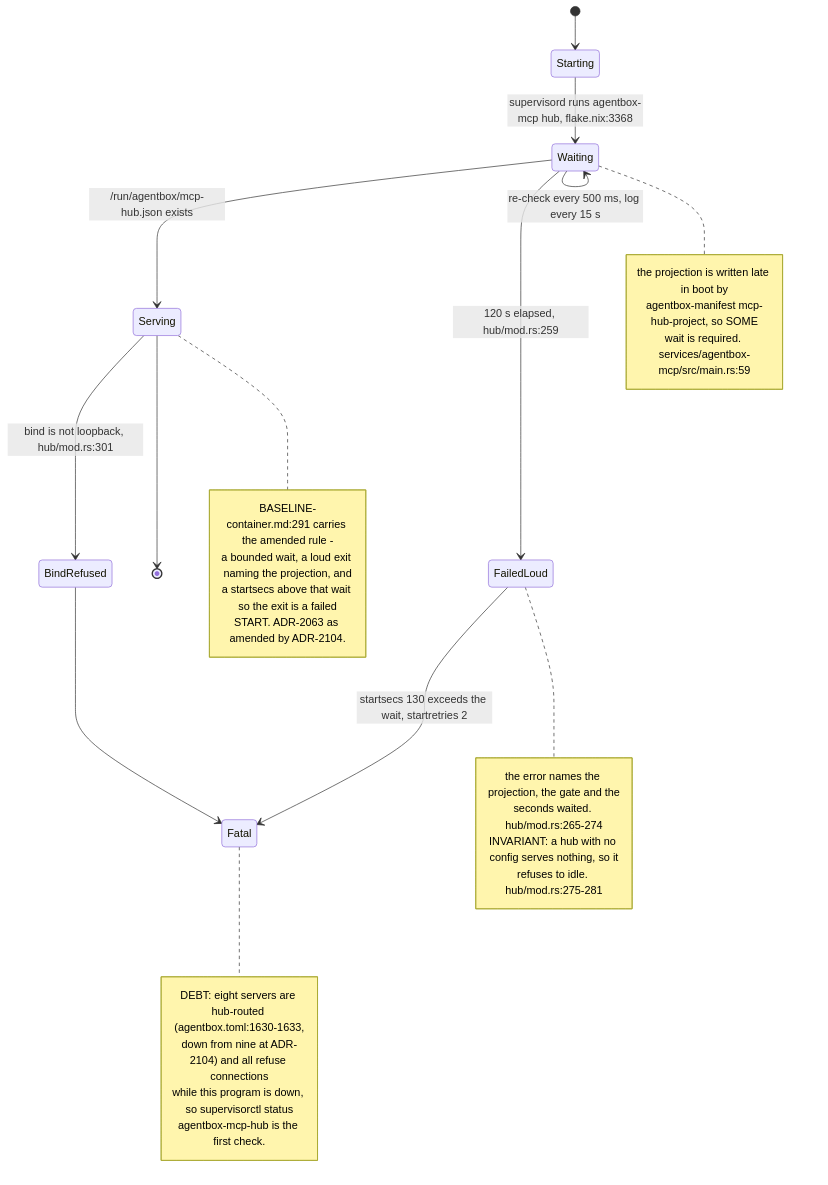
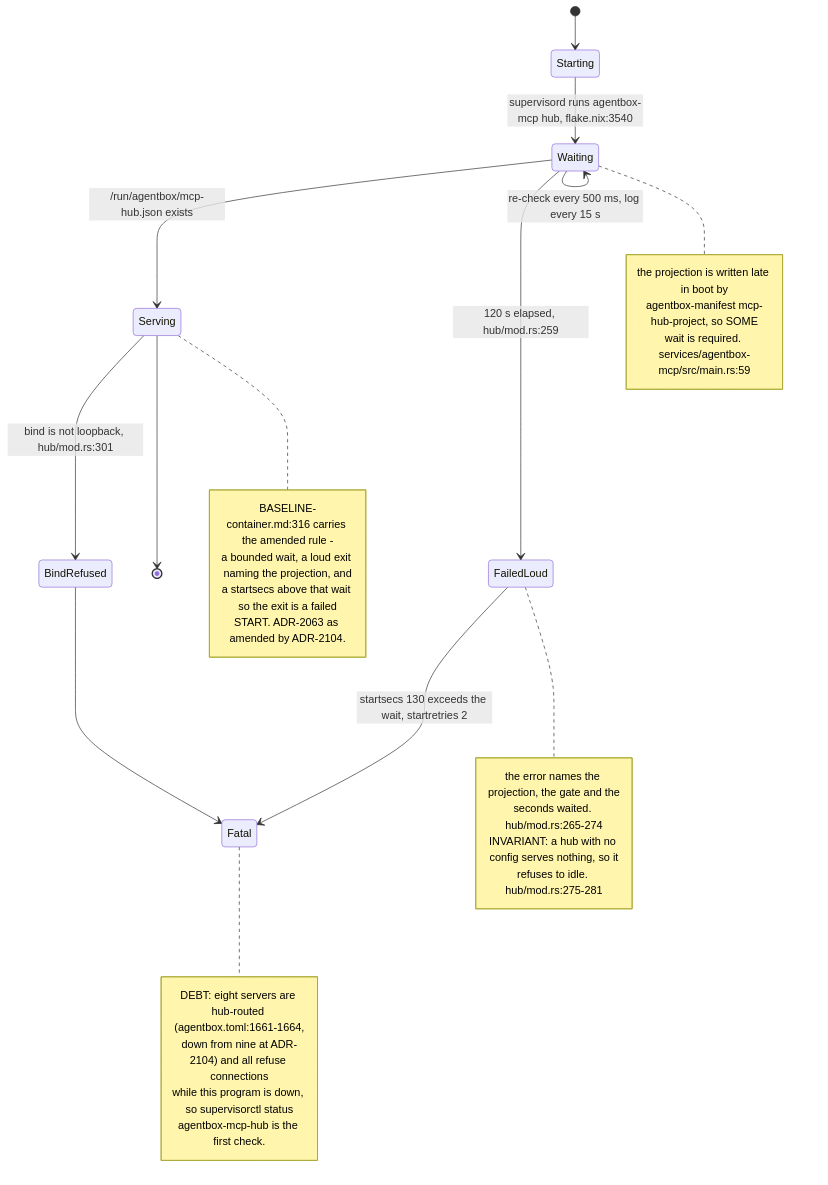
Before and after one commit to DreamLab-AI/VisionFlow: the seventh of 7 diagrams in docs/diagrams/agentbox/09-mcp-servers-catalogue.md, drawn with Mermaid. The commit also changed other lines of this file and 7 other files, not shown here.

````diff
--- a/docs/diagrams/agentbox/09-mcp-servers-catalogue.md
+++ b/docs/diagrams/agentbox/09-mcp-servers-catalogue.md
@@ -225,35 +224,35 @@
 ```mermaid
 stateDiagram-v2
     [*] --> Starting
-    Starting --> Waiting : supervisord runs agentbox-mcp hub, flake.nix:3368
+    Starting --> Waiting : supervisord runs agentbox-mcp hub, flake.nix:3540
     Waiting --> Serving : /run/agentbox/mcp-hub.json exists
     Waiting --> Waiting : re-check every 500 ms, log every 15 s
     Waiting --> FailedLoud : 120 s elapsed, hub/mod.rs:259
     Serving --> BindRefused : bind is not loopback, hub/mod.rs:301
     FailedLoud --> Fatal : startsecs 130 exceeds the wait, startretries 2
     BindRefused --> Fatal
     Serving --> [*]
     note right of Waiting
         the projection is written late in boot by
         agentbox-manifest mcp-hub-project, so SOME
         wait is required. services/agentbox-mcp/src/main.rs:59
     end note
     note right of FailedLoud
         the error names the projection, the gate and the
         seconds waited. hub/mod.rs:265-274
         INVARIANT: a hub with no config serves nothing, so it
         refuses to idle. hub/mod.rs:275-281
     end note
     note right of Serving
-        BASELINE-container.md:291 carries the amended rule -
+        BASELINE-container.md:316 carries the amended rule -
         a bounded wait, a loud exit naming the projection, and
         a startsecs above that wait so the exit is a failed
         START. ADR-2063 as amended by ADR-2104.
     end note
     note right of Fatal
-        DEBT: eight servers are hub-routed (agentbox.toml:1630-1633,
+        DEBT: eight servers are hub-routed (agentbox.toml:1661-1664,
         down from nine at ADR-2104) and all refuse connections
         while this program is down, so supervisorctl status
         agentbox-mcp-hub is the first check.
     end note
 ```
````
